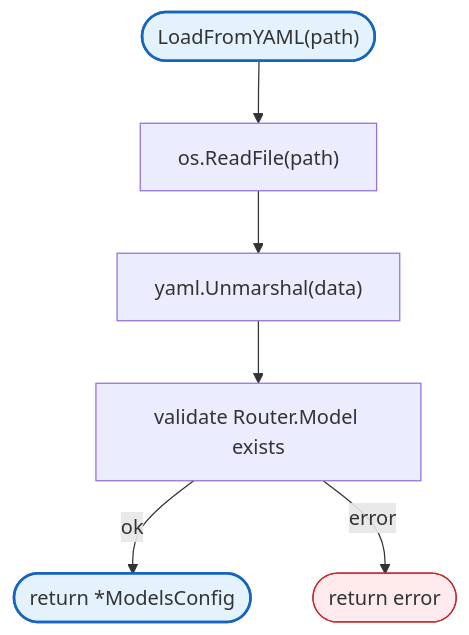
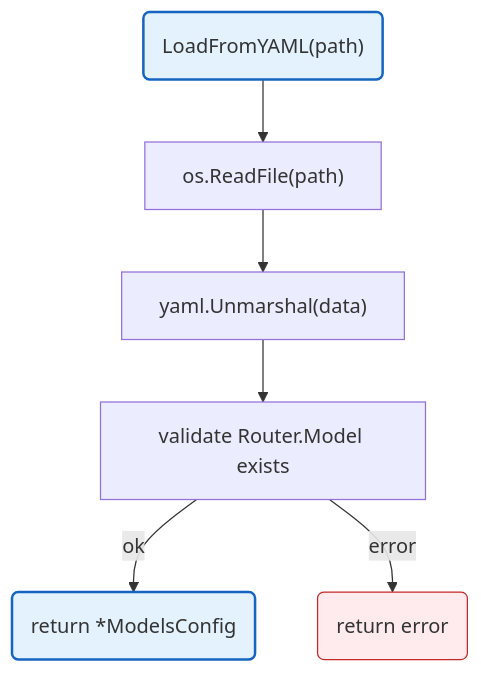
Before and after one commit to radch-ai/ava: the diagram in docs/config/models.md, drawn with Mermaid. The commit also changed 24 other files, not shown here.

First line of the commit message:
fix(docs): fix mermaid syntax errors in all diagrams

````diff
--- a/docs/config/models.md
+++ b/docs/config/models.md
@@ -7,15 +7,15 @@
 ```mermaid
 flowchart TB
-    Start(["LoadFromYAML(path)"]) --> ReadFile["os.ReadFile(path)"]
+    Start("LoadFromYAML(path)") --> ReadFile["os.ReadFile(path)"]
     ReadFile --> ParseYAML["yaml.Unmarshal(data)"]
     ParseYAML --> ValidateRouter["validate Router.Model exists"]
-    ValidateRouter -->|ok| Done(["return *ModelsConfig"])
-    ValidateRouter -->|error| Err(["return error"])
+    ValidateRouter -->|ok| Done("return *ModelsConfig")
+    ValidateRouter -->|error| Err("return error")
 
     classDef mainFn fill:#e3f2fd,stroke:#1565c0,stroke-width:2px
     classDef internalFn fill:#f3e5f5,stroke:#6a1b9a,stroke-width:2px,stroke-dasharray:6 3
     classDef errorFlow fill:#ffebee,stroke:#c62828,stroke-width:1px
 
     class Start,Done mainFn
     class Err errorFlow
 ```
````
